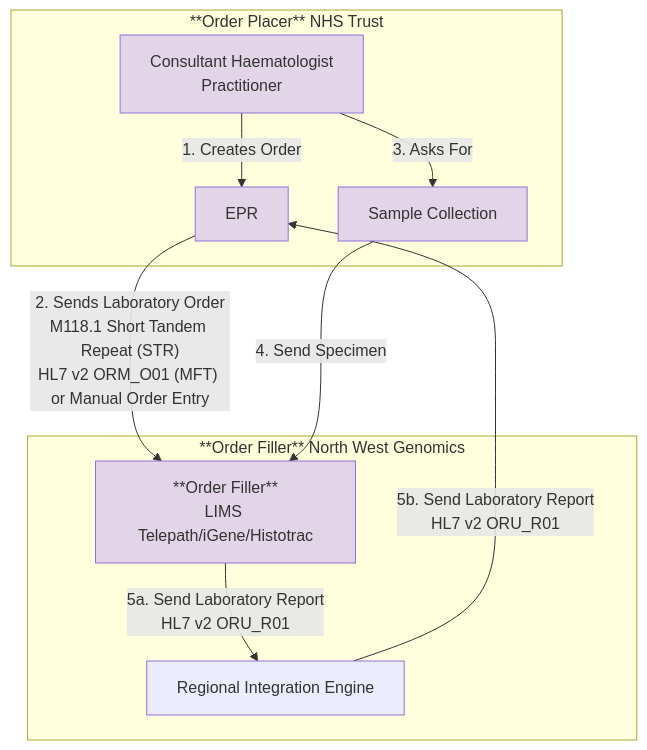
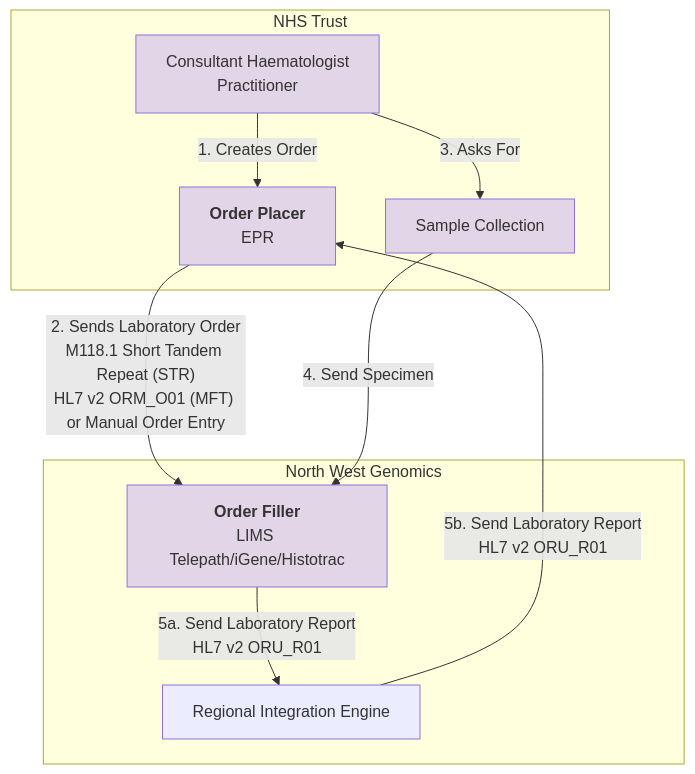
One commit to uk-gov-mirror/nw-gmsa.nw-gmsa.github.com changed the third of 6 diagrams in input/pagecontent/introduction.md. Above: the diagram before and after it, drawn with Mermaid. The commit also changed other lines of this file, not shown here.

Commit message:
Simplified Chimerism Diagram and

````diff
--- a/input/pagecontent/introduction.md
+++ b/input/pagecontent/introduction.md
@@ -96,18 +96,18 @@
 ```mermaid
 graph TD;
-    subgraph NHSTrust[**Order Placer** NHS Trust]
-        Practitioner[Consultant Haematologist<br/>Practitioner] --> |1. Creates Order| EPR[EPR]
+    subgraph NHSTrust[NHS Trust]
+        Practitioner[Consultant Haematologist<br/>Practitioner] --> |1. Creates Order| EPR[<b>Order Placer</b><br/>EPR]
         Practitioner --> |3. Asks For| Specimen[Sample Collection]
     end
     EPR --> |"2. Sends Laboratory Order<br/>M118.1 Short Tandem Repeat (STR)<br/>HL7 v2 ORM_O01 (MFT) or Manual Order Entry"| LIMS
     Specimen --> |4. Send Specimen| LIMS 
-    subgraph NWGenomics[**Order Filler** North West Genomics]
-        LIMS[**Order Filler**<br/>LIMS Telepath/iGene/Histotrac]
+    subgraph NWGenomics[North West Genomics]
+        LIMS[<b>Order Filler</b><br/>LIMS Telepath/iGene/Histotrac]
         LIMS --> |5a. Send Laboratory Report<br/>HL7 v2 ORU_R01| RIE["Regional Integration Engine"]
     end
     RIE --> |5b. Send Laboratory Report<br/>HL7 v2 ORU_R01| EPR
 
     classDef purple fill:#E1D5E7;
 
     class EPR,LIMS,Specimen,Practitioner purple
 ```
````
